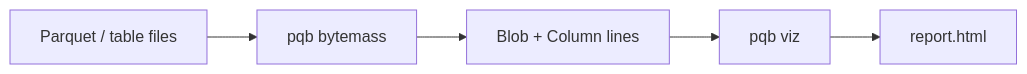
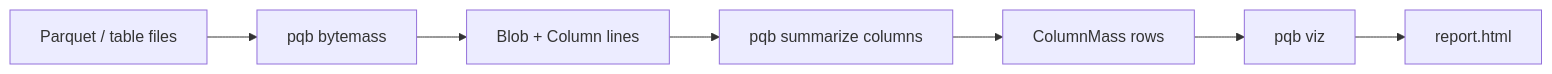
One commit to pqbench/pqbench changed the diagram in docs/reference/viz.md. Above: the diagram before and after it, drawn with Mermaid. The commit also changed other lines of this file and 32 other files, not shown here.

First line of the commit message:
feat(cli): add summarize columns and draw its rows in viz

````diff
--- a/docs/reference/viz.md
+++ b/docs/reference/viz.md
@@ -20,7 +33,9 @@
 ```mermaid
 flowchart LR
     files[Parquet / table files] --> bytemass[pqb bytemass]
     bytemass --> stream["Blob + Column lines"]
-    stream --> viz[pqb viz]
+    stream --> summarize[pqb summarize columns]
+    summarize --> rows["ColumnMass rows"]
+    rows --> viz[pqb viz]
     viz --> html[report.html]
 ```
````
